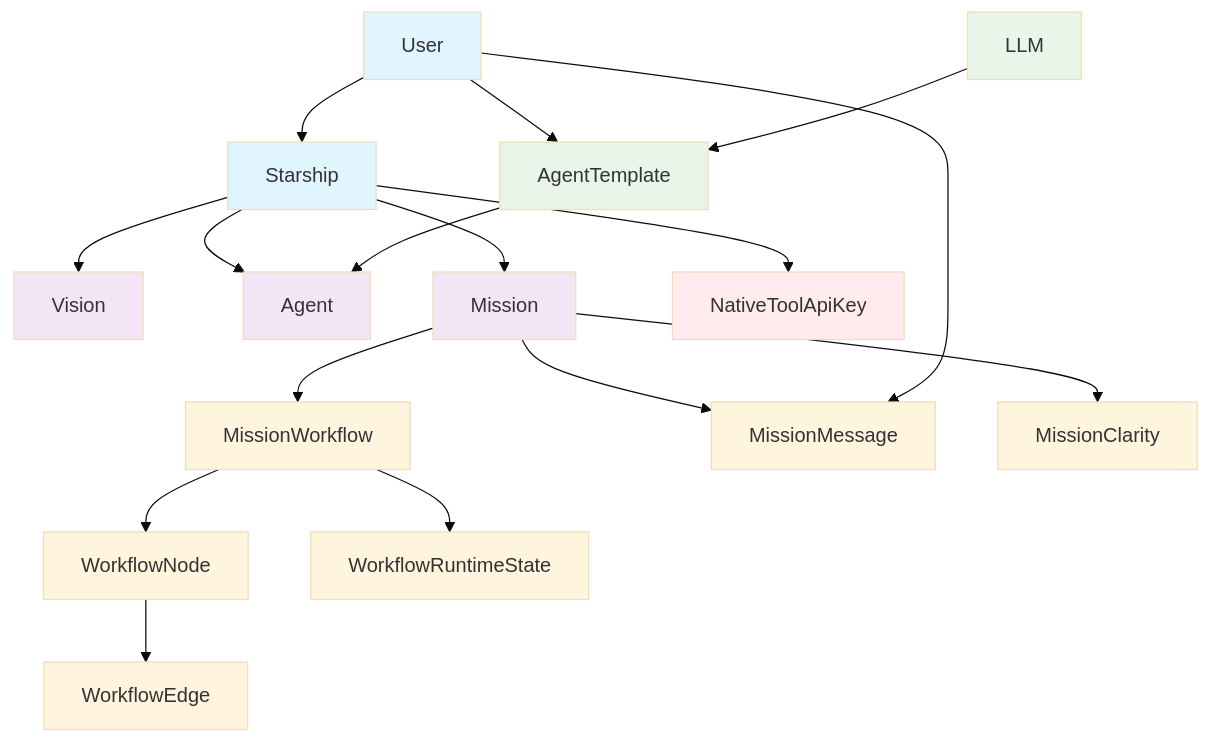
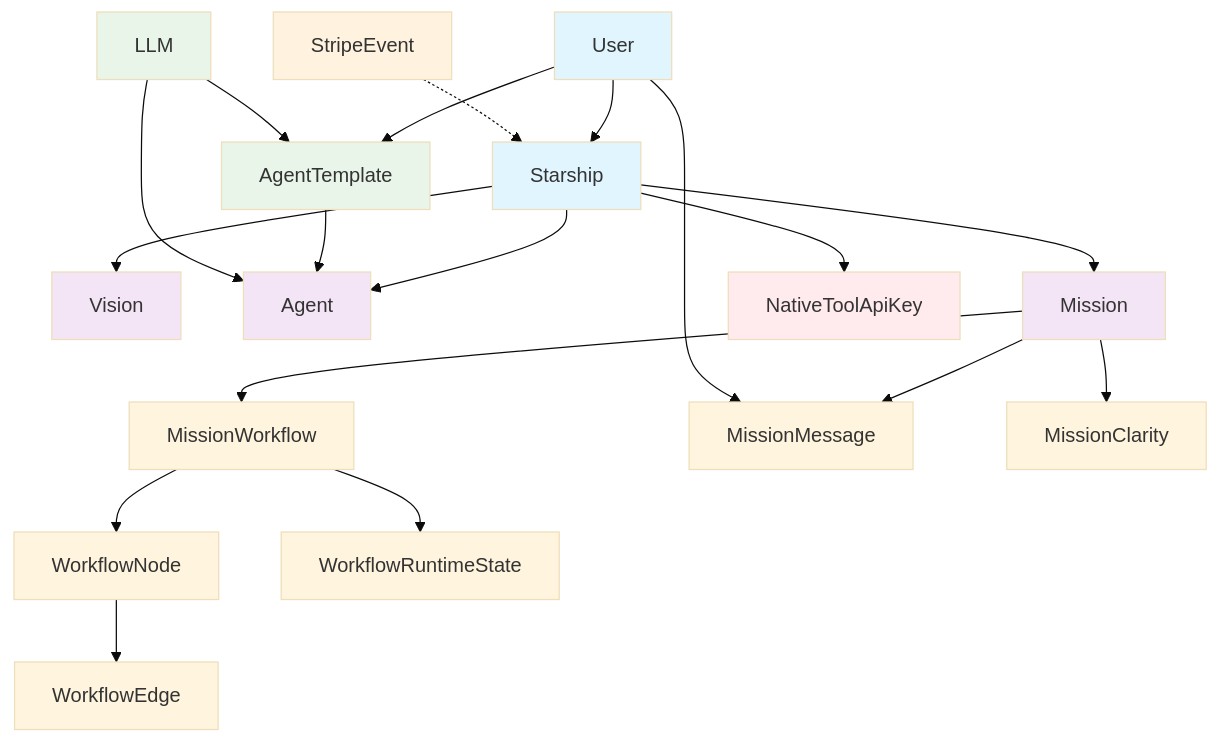
One commit to theingenuityco/starships.ai changed the second of 2 diagrams in docs/er-diagram.md. Above: the diagram before and after it, drawn with Mermaid (base theme). The commit also changed other lines of this file and 2 other files, not shown here.

````diff
--- a/docs/er-diagram.md
+++ b/docs/er-diagram.md
@@ -244,35 +251,40 @@
 ```mermaid
 graph TD
     %% Core Entities
     U[User] --> S[Starship]
     S --> V[Vision]
     S --> A[Agent]
     S --> M[Mission]
     S --> NK[NativeToolApiKey]
 
     %% Agent System
     U --> AT[AgentTemplate]
     AT --> A
     L[LLM] --> AT
+    L --> A
 
     %% Mission System
     M --> MW[MissionWorkflow]
     MW --> WN[WorkflowNode]
     WN --> WE[WorkflowEdge]
     MW --> WRS[WorkflowRuntimeState]
     M --> MM[MissionMessage]
     M --> MC[MissionClarity]
     U --> MM
 
+    %% Stripe Integration
+    SE[StripeEvent] -.-> S
 
     %% Styling
     classDef primary fill:#e1f5fe
     classDef secondary fill:#f3e5f5
     classDef system fill:#e8f5e8
     classDef security fill:#ffebee
+    classDef integration fill:#fff3e0
 
     class U,S primary
     class A,M,V secondary
     class L,AT system
     class NK security
+    class SE integration
 ```
````
